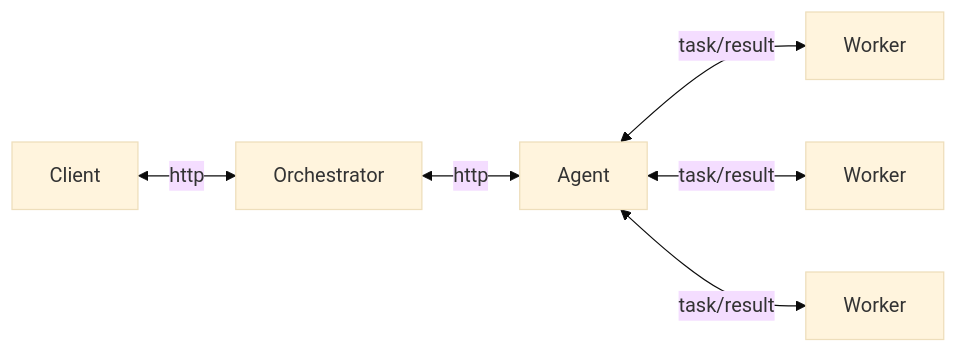
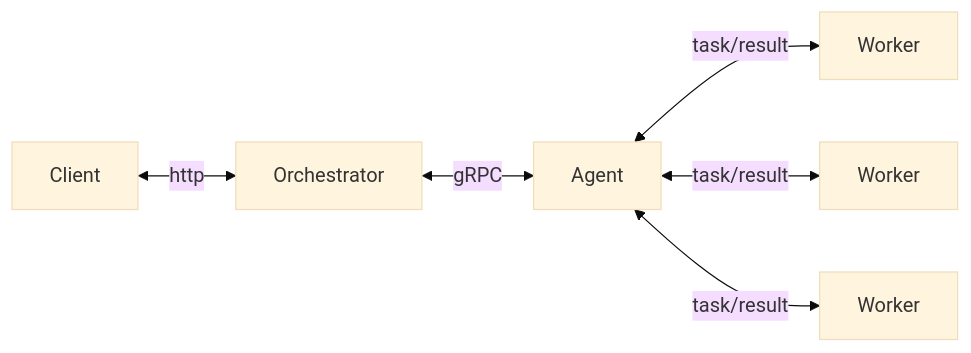
One commit to YattaDeSune/calc-project changed the diagram in README.md. Above: the diagram before and after it, drawn with Mermaid (base theme). The commit also changed other lines of this file, not shown here.

````diff
--- a/README.md
+++ b/README.md
@@ -180,8 +200,8 @@
 ```mermaid
 flowchart LR
     A[Client] <-->|http| B[Orchestrator]
-    B <-->|http| C[Agent]
+    B <-->|gRPC| C[Agent]
     C <-->|task/result| D[Worker]
     C <-->|task/result| E[Worker]
     C <-->|task/result| F[Worker]
 ```
````
